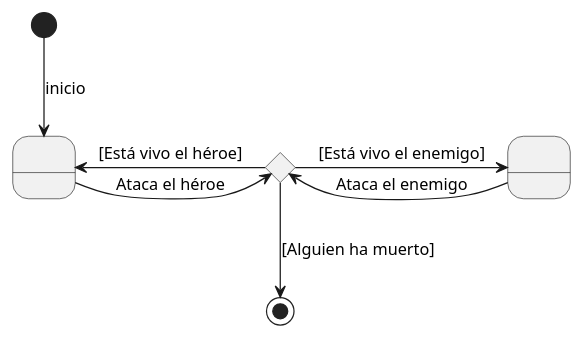
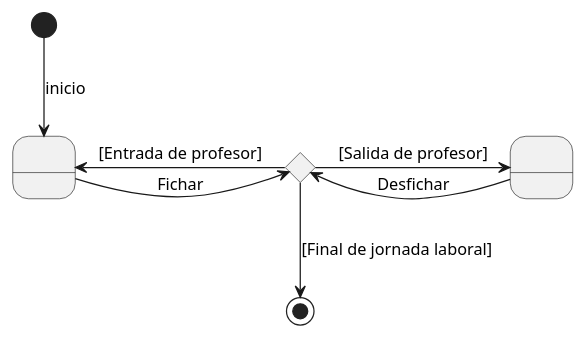
One commit to mmasias/23-24-IdSw1-SDR changed the diagram in modelosUML/diagramaEstados.puml. Above: the diagram before and after it, drawn with PlantUML.

Commit message:
Update diagramaEstados.puml
feature/diagramaEstados

```diff
--- a/modelosUML/diagramaEstados.puml
+++ b/modelosUML/diagramaEstados.puml
@@ -1,20 +1,21 @@
 @startuml
 
 state AccionHeroe as " "
 state AccionEnemigo as " "
 
 [*] --> AccionHeroe : inicio
 
 
 state Turno <<choice>>
 
-AccionHeroe -r-> Turno : Ataca el héroe
+AccionHeroe -r-> Turno : Fichar
 
-Turno -r-> AccionEnemigo : [Está vivo el enemigo]
+Turno -r-> AccionEnemigo : [Salida de profesor]
 
-AccionEnemigo -l-> Turno : Ataca el enemigo
+AccionEnemigo -l-> Turno : Desfichar
 
-Turno -l-> AccionHeroe : [Está vivo el héroe]
+Turno -l-> AccionHeroe : [Entrada de profesor]
 
-Turno -d-> [*] : [Alguien ha muerto]
+Turno -d-> [*] : [Final de jornada laboral]
+
 @enduml
```
